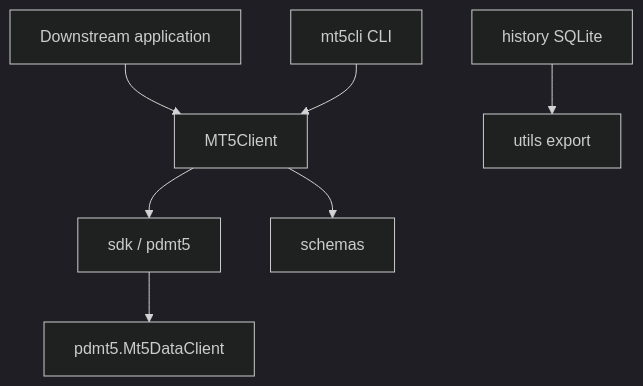
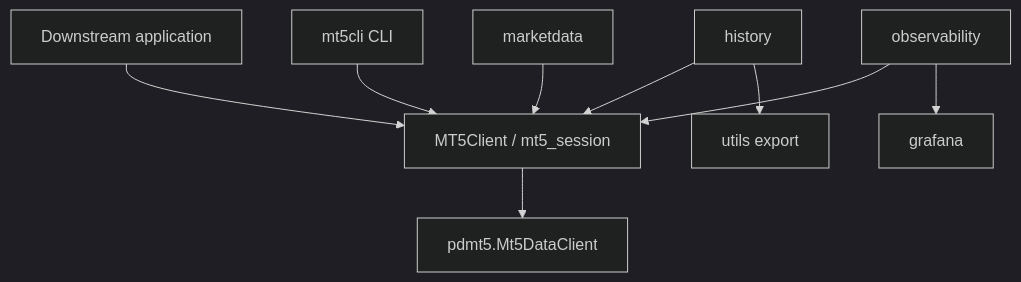
The diagram in docs/api/index.md (dceoy/mt5cli), drawn with Mermaid (dark theme) before and after one commit. The commit also changed other lines of this file and 32 other files, not shown here.

````diff
--- a/docs/api/index.md
+++ b/docs/api/index.md
@@ -28,9 +29,11 @@
 ```mermaid
 flowchart TD
-    App["Downstream application"] --> Client["MT5Client"]
+    App["Downstream application"] --> Client["MT5Client / mt5_session"]
     CLI["mt5cli CLI"] --> Client
-    Client --> SDK["sdk / pdmt5"]
-    Client --> Schemas["schemas"]
-    History["history SQLite"] --> Utils["utils export"]
-    SDK --> PDMT5["pdmt5.Mt5DataClient"]
+    Client --> PDMT5["pdmt5.Mt5DataClient"]
+    MarketData["marketdata"] --> Client
+    History["history"] --> Client
+    Observability["observability"] --> Client
+    Observability --> Grafana["grafana"]
+    History --> Utils["utils export"]
 ```
````
